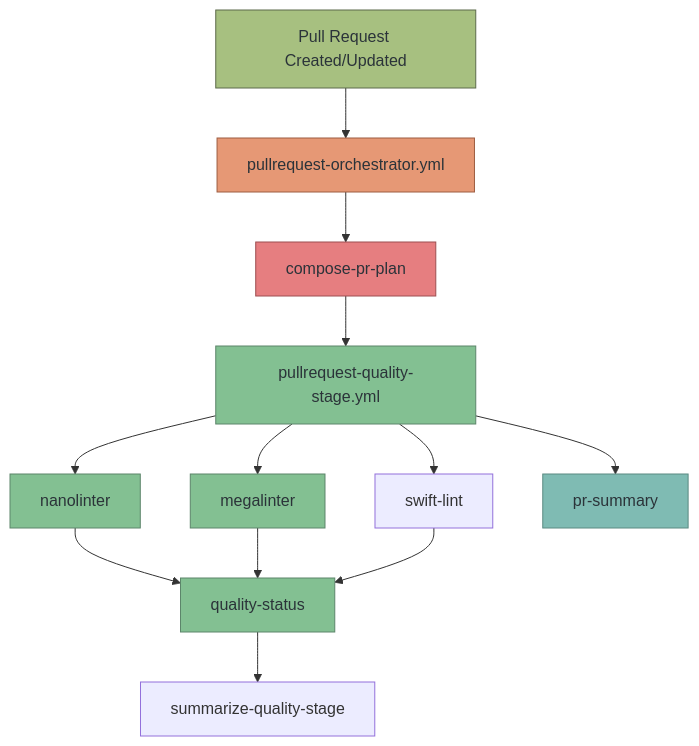
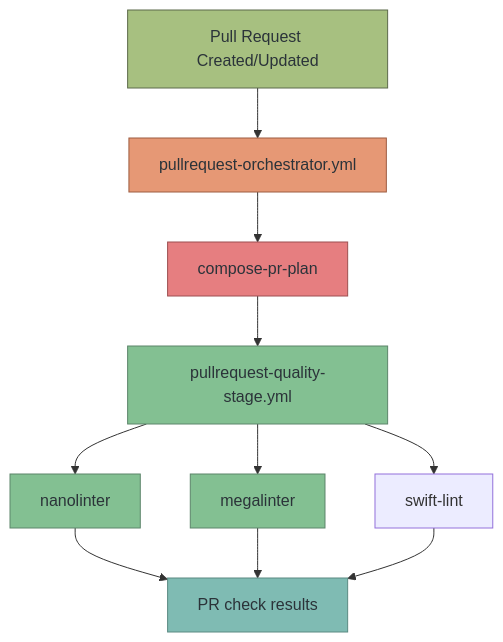
The first of 3 diagrams in docs/workflows.md (diggsweden/forge-ci), drawn with Mermaid before and after one commit. The commit also changed other lines of this file and 80 other files, not shown here.

````diff
--- a/docs/workflows.md
+++ b/docs/workflows.md
@@ -53,24 +55,21 @@
 ```mermaid
 graph TD
     A[Pull Request Created/Updated] --> B[pullrequest-orchestrator.yml]
     B --> C[compose-pr-plan]
     C --> D[pullrequest-quality-stage.yml]
 
     D --> N[nanolinter]
     D --> G[megalinter]
     D --> L[swift-lint]
-    N --> M[quality-status]
-    G --> M
-    L --> M
-    M --> S[summarize-quality-stage]
-    D --> O[pr-summary]
+    N --> S[PR check results]
+    G --> S
+    L --> S
 
     style A fill:#a7c080,stroke:#5c6a4a,color:#2b3339
     style B fill:#e69875,stroke:#9d5c41,color:#2b3339
     style C fill:#e67e80,stroke:#9d4f50,color:#2b3339
     style D fill:#83c092,stroke:#5c856a,color:#2b3339
     style G fill:#83c092,stroke:#5c856a,color:#2b3339
-    style M fill:#83c092,stroke:#5c856a,color:#2b3339
     style N fill:#83c092,stroke:#5c856a,color:#2b3339
-    style O fill:#7fbbb3,stroke:#5a8a82,color:#2b3339
+    style S fill:#7fbbb3,stroke:#5a8a82,color:#2b3339
 ```
````
